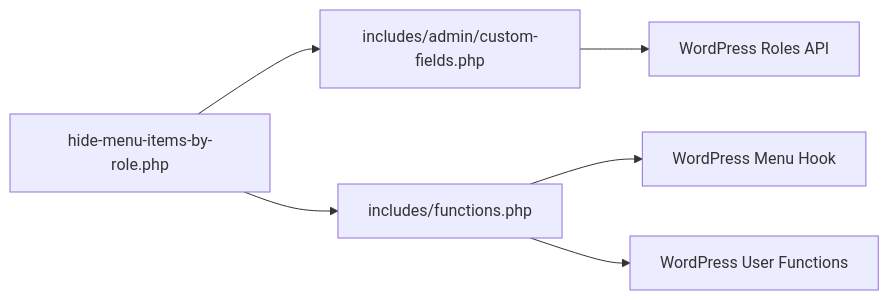
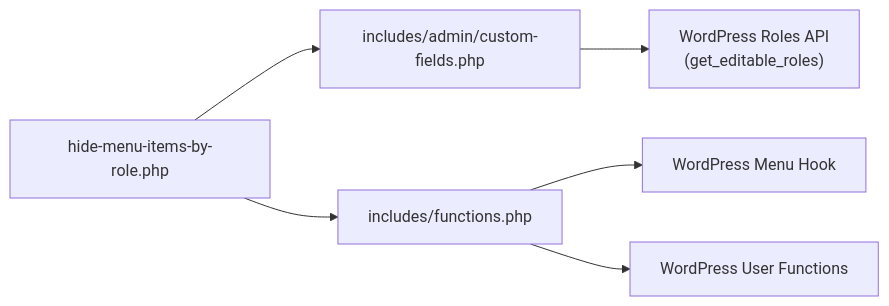
Before and after one commit to mahfuzurwp/hide-menu-items-by-role: the seventh of 7 diagrams in .qoder/repowiki/en/content/Features Guide/Role-Based Menu Visibility.md, drawn with Mermaid. The commit also changed other lines of this file and 8 other files, not shown here.

````diff
--- a/.qoder/repowiki/en/content/Features Guide/Role-Based Menu Visibility.md
+++ b/.qoder/repowiki/en/content/Features Guide/Role-Based Menu Visibility.md
@@ -259,8 +269,8 @@
 ```mermaid
 graph LR
 Bootstrap["hide-menu-items-by-role.php"] --> AdminUI["includes/admin/custom-fields.php"]
 Bootstrap --> Filter["includes/functions.php"]
-AdminUI --> WPAPI["WordPress Roles API"]
+AdminUI --> WPAPI["WordPress Roles API<br/>(get_editable_roles)"]
 Filter --> WPMenu["WordPress Menu Hook"]
 Filter --> WPUser["WordPress User Functions"]
 ```
````
